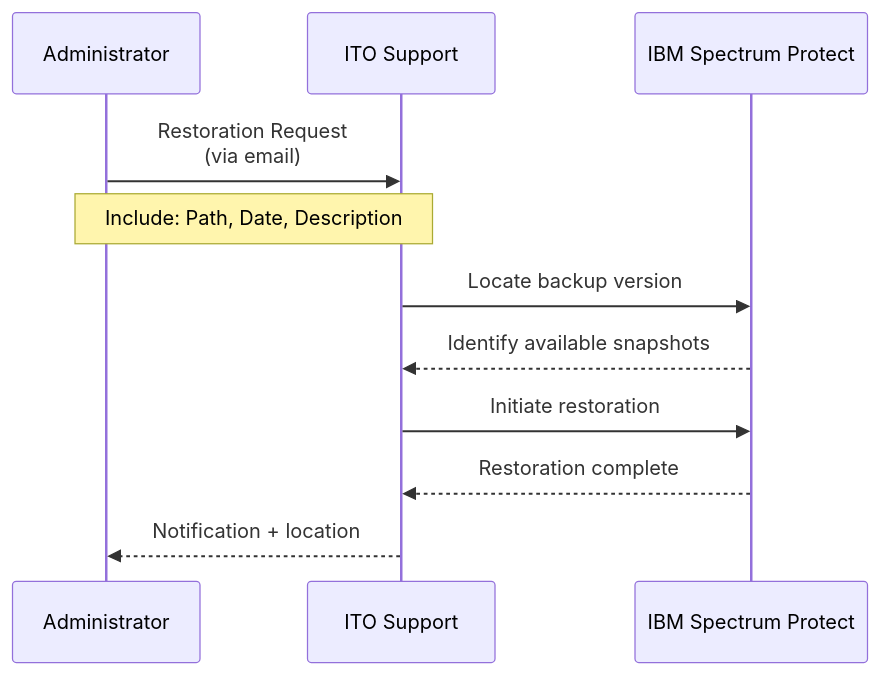
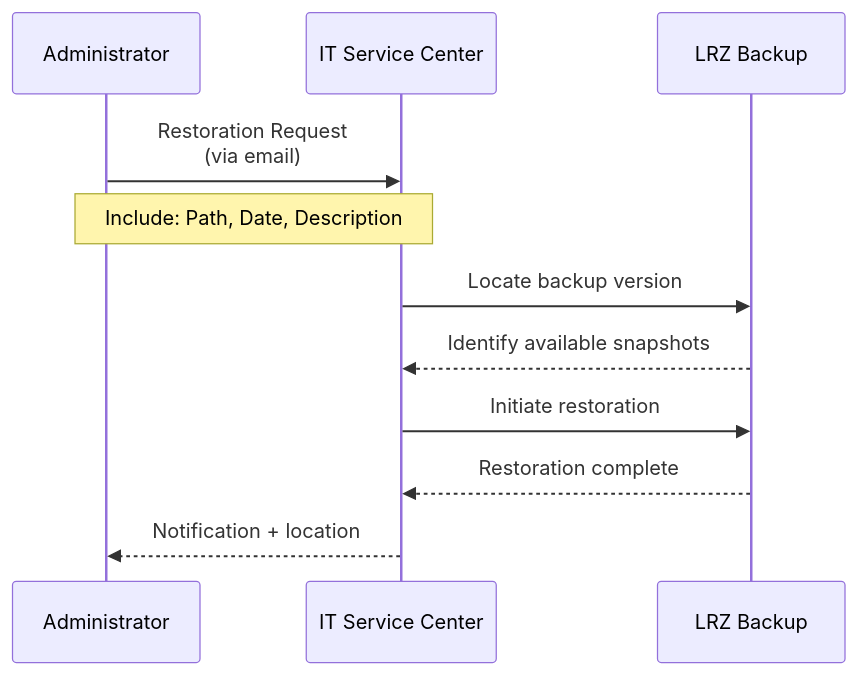
The fourth of 5 diagrams in en/chapters/06-storage-backup.qmd (jtimo/tum-ito-admin-guide), drawn with Mermaid before and after one commit. The commit also changed other lines of this file and 21 other files, not shown here.

````diff
--- a/en/chapters/06-storage-backup.qmd
+++ b/en/chapters/06-storage-backup.qmd
@@ -157,16 +161,16 @@
 ```{mermaid}
 %%| fig-cap: "Data Restoration Process"
 sequenceDiagram
     participant Admin as Administrator
-    participant ITO as ITO Support
-    participant Backup as IBM Spectrum Protect
+    participant ITSZ as IT Service Center
+    participant Backup as LRZ Backup
 
-    Admin->>ITO: Restoration Request<br/>(via email)
-    Note over Admin,ITO: Include: Path, Date, Description
+    Admin->>ITSZ: Restoration Request<br/>(via email)
+    Note over Admin,ITSZ: Include: Path, Date, Description
 
-    ITO->>Backup: Locate backup version
-    Backup-->>ITO: Identify available snapshots
-    ITO->>Backup: Initiate restoration
-    Backup-->>ITO: Restoration complete
-    ITO-->>Admin: Notification + location
+    ITSZ->>Backup: Locate backup version
+    Backup-->>ITSZ: Identify available snapshots
+    ITSZ->>Backup: Initiate restoration
+    Backup-->>ITSZ: Restoration complete
+    ITSZ-->>Admin: Notification + location
 ```
````
